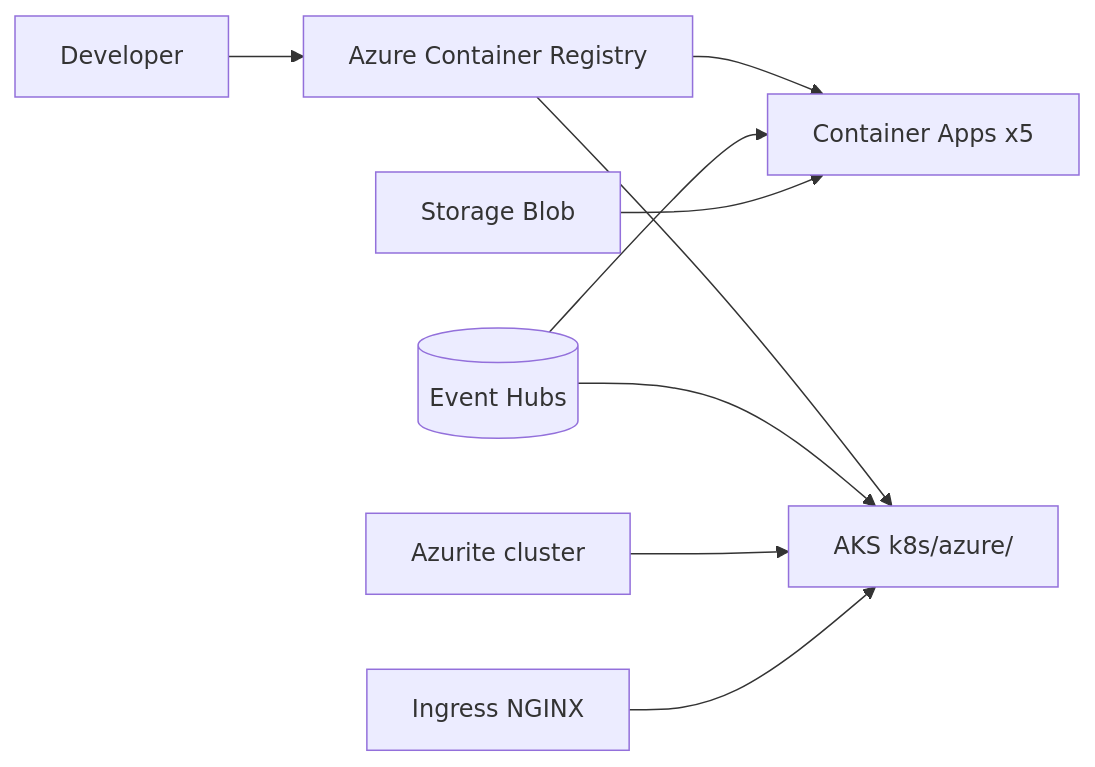
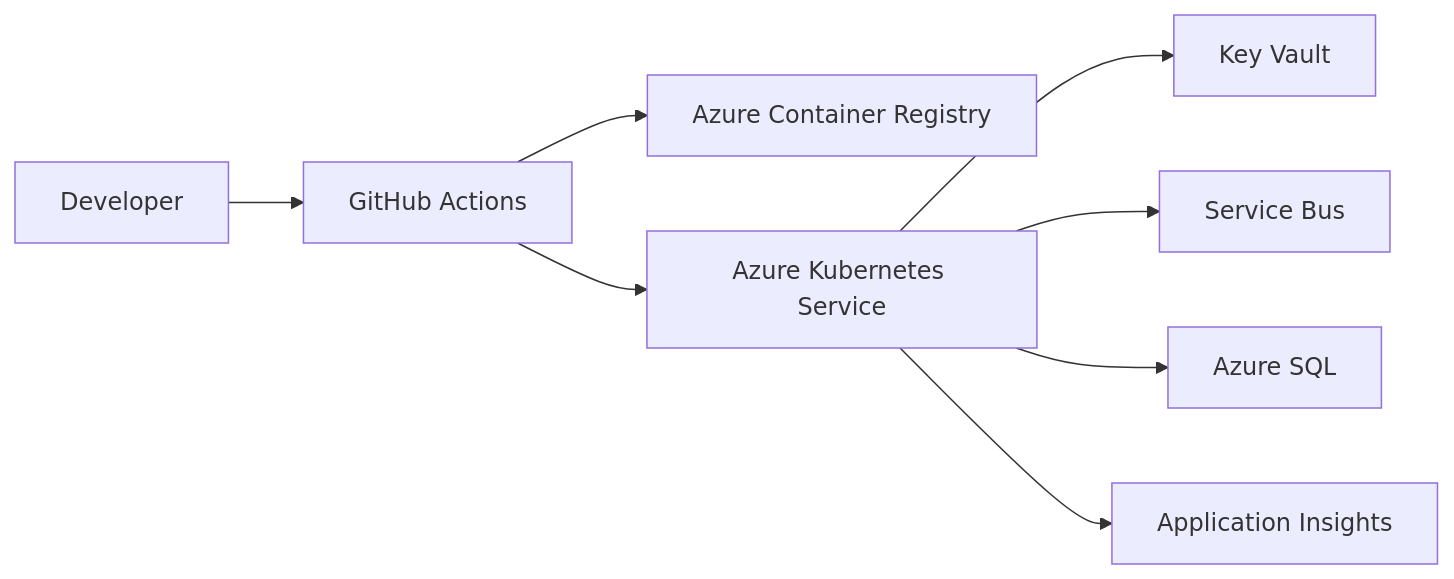
Diagram 19 of 19 in docs/teoria-entrevistas/05-servicios-azure.md (winbugsmx/ShopDemo), drawn with Mermaid before and after one commit. The commit also changed other lines of this file and 114 other files, not shown here.

````diff
--- a/docs/teoria-entrevistas/05-servicios-azure.md
+++ b/docs/teoria-entrevistas/05-servicios-azure.md
@@ -9,10 +872,10 @@
 ```mermaid
 flowchart LR
-  DEV[Developer] --> ACR[Azure Container Registry]
-  ACR --> ACA[Container Apps x5]
-  ACR --> AKS[AKS k8s/azure/]
-  EH[(Event Hubs)] --> ACA & AKS
-  ST[Storage Blob] --> ACA
-  AZ[Azurite cluster] --> AKS
-  ING[Ingress NGINX] --> AKS
+  DEV[Developer] --> GH[GitHub Actions]
+  GH --> ACR[Azure Container Registry]
+  GH --> AKS[Azure Kubernetes Service]
+  AKS --> KV[Key Vault]
+  AKS --> SB[Service Bus]
+  AKS --> SQL[Azure SQL]
+  AKS --> AI[Application Insights]
 ```
````
